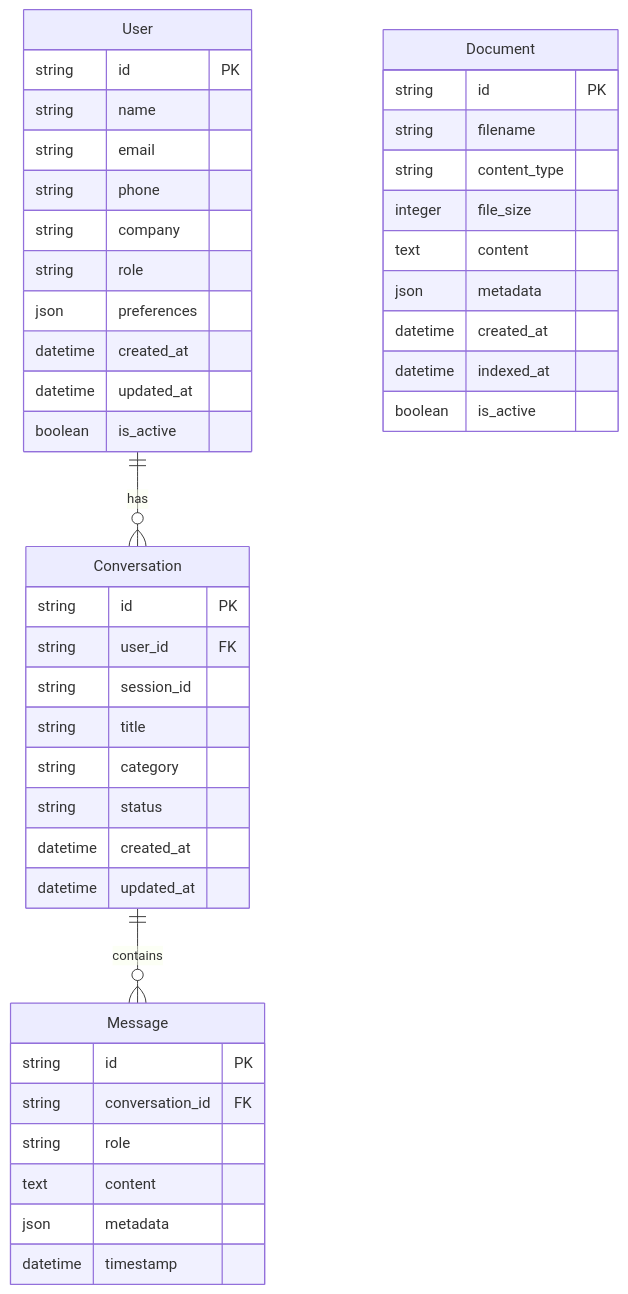
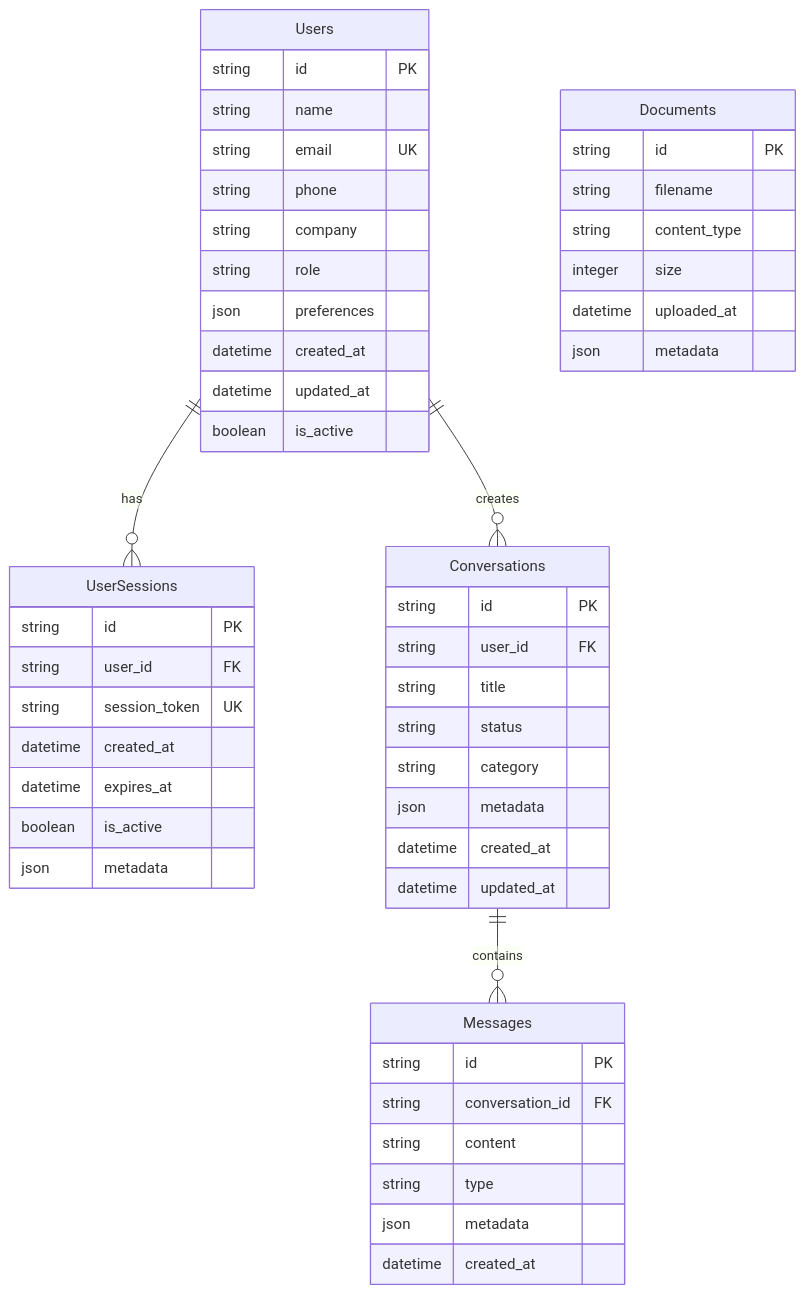
One commit to Venkatalakshmikottapalli/multi-agentic-conversation-ai-system changed the second of 2 diagrams in README.md. Above: the diagram before and after it, drawn with Mermaid. The commit also changed other lines of this file and 36 other files, not shown here.

````diff
--- a/README.md
+++ b/README.md
@@ -63,50 +75,58 @@
 ```mermaid
 erDiagram
-    User {
+    Users {
         string id PK
         string name
-        string email
+        string email UK
         string phone
         string company
         string role
         json preferences
         datetime created_at
         datetime updated_at
         boolean is_active
     }
     
-    Conversation {
+    UserSessions {
         string id PK
         string user_id FK
-        string session_id
+        string session_token UK
+        datetime created_at
+        datetime expires_at
+        boolean is_active
+        json metadata
+    }
+    
+    Conversations {
+        string id PK
+        string user_id FK
         string title
+        string status
         string category
-        string status
+        json metadata
         datetime created_at
         datetime updated_at
     }
     
-    Message {
+    Messages {
         string id PK
         string conversation_id FK
-        string role
-        text content
+        string content
+        string type
         json metadata
-        datetime timestamp
+        datetime created_at
     }
     
-    Document {
+    Documents {
         string id PK
         string filename
         string content_type
-        integer file_size
-        text content
+        integer size
+        datetime uploaded_at
         json metadata
-        datetime created_at
-        datetime indexed_at
-        boolean is_active
     }
     
-    User ||--o{ Conversation : has
-    Conversation ||--o{ Message : contains
+    Users ||--o{ UserSessions : has
+    Users ||--o{ Conversations : creates
+    Conversations ||--o{ Messages : contains
 ```
````
